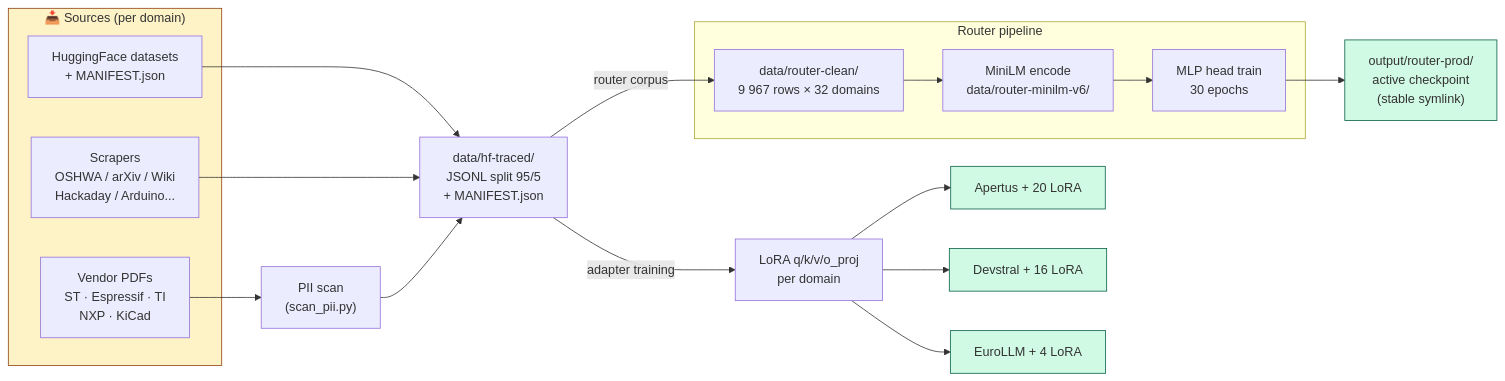
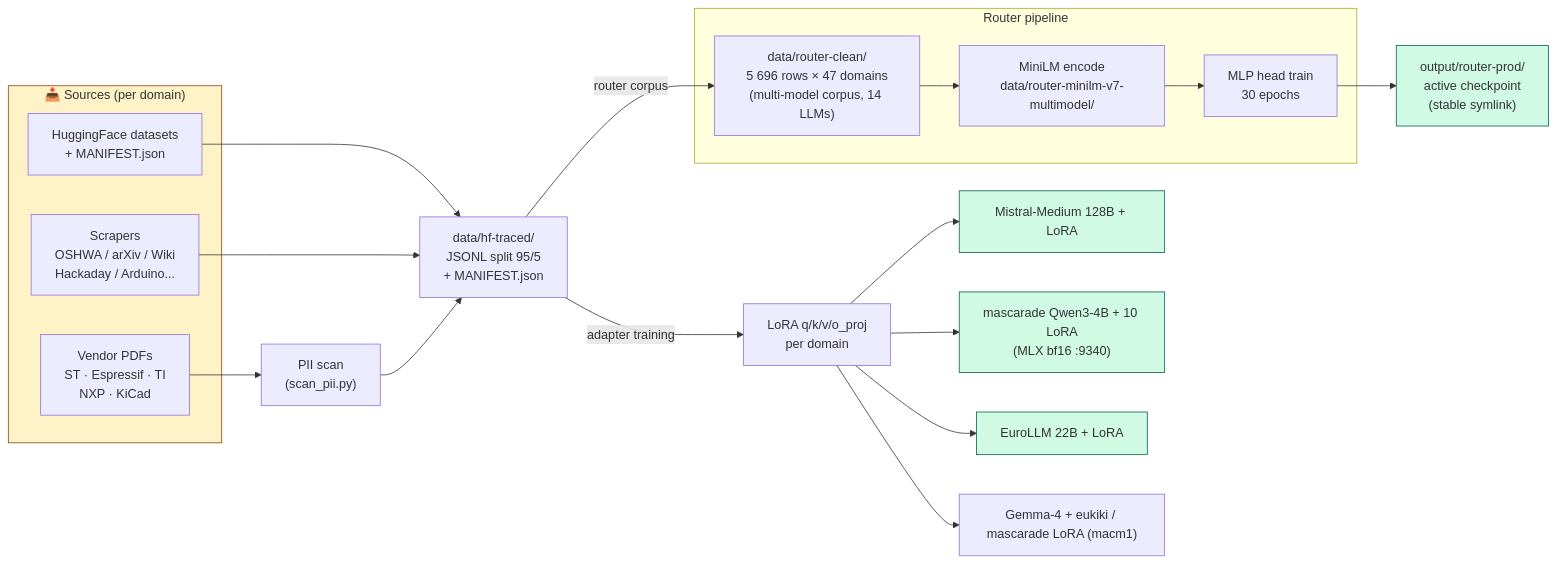
The sixth of 6 diagrams in README.md (ailiance/ailiance), drawn with Mermaid before and after one commit. The commit also changed other lines of this file and 2 other files, not shown here.

First line of the commit message:
docs: rewrite for ailiance rebrand + router v7 (#114)

````diff
--- a/README.md
+++ b/README.md
@@ -416,34 +445,35 @@
 ```mermaid
 flowchart LR
     subgraph sources["📥 Sources (per domain)"]
         HF["HuggingFace datasets<br/>+ MANIFEST.json"]
         SCRAPE["Scrapers<br/>OSHWA / arXiv / Wiki<br/>Hackaday / Arduino..."]
         PDF["Vendor PDFs<br/>ST · Espressif · TI<br/>NXP · KiCad"]
     end
 
     HF --> CLEAN
     SCRAPE --> CLEAN
     PDF --> PII["PII scan<br/>(scan_pii.py)"] --> CLEAN
 
     CLEAN["data/hf-traced/<br/>JSONL split 95/5<br/>+ MANIFEST.json"]
 
     CLEAN -->|adapter training| LORA["LoRA q/k/v/o_proj<br/>per domain"]
     CLEAN -->|router corpus| ROUTER
 
     subgraph router["Router pipeline"]
-        ROUTER["data/router-clean/<br/>9 967 rows × 32 domains"]
-        EMBED["MiniLM encode<br/>data/router-minilm-v6/"]
+        ROUTER["data/router-clean/<br/>5 696 rows × 47 domains<br/>(multi-model corpus, 14 LLMs)"]
+        EMBED["MiniLM encode<br/>data/router-minilm-v7-multimodel/"]
         TRAIN["MLP head train<br/>30 epochs"]
         ROUTER --> EMBED --> TRAIN
     end
 
-    LORA --> WORKER1["Apertus + 20 LoRA"]
-    LORA --> WORKER2["Devstral + 16 LoRA"]
-    LORA --> WORKER3["EuroLLM + 4 LoRA"]
+    LORA --> WORKER1["Mistral-Medium 128B + LoRA"]
+    LORA --> WORKER2["mascarade Qwen3-4B + 10 LoRA<br/>(MLX bf16 :9340)"]
+    LORA --> WORKER3["EuroLLM 22B + LoRA"]
+    LORA --> WORKER4["Gemma-4 + eukiki / mascarade LoRA (macm1)"]
     TRAIN --> ACTIVE["output/router-prod/<br/>active checkpoint<br/>(stable symlink)"]
 
     classDef src fill:#fef3c7,stroke:#92400e
     classDef out fill:#d1fae5,stroke:#065f46
     class sources src
     class WORKER1,WORKER2,WORKER3,ACTIVE out
 ```
````
